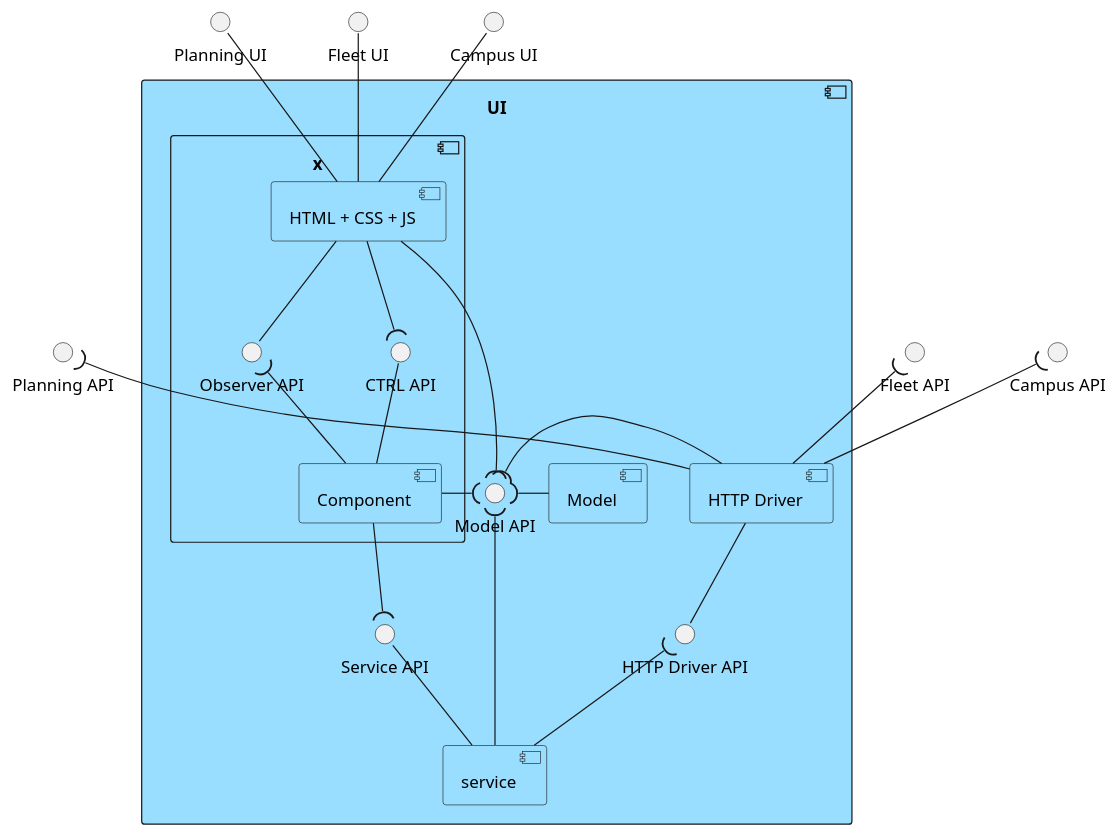
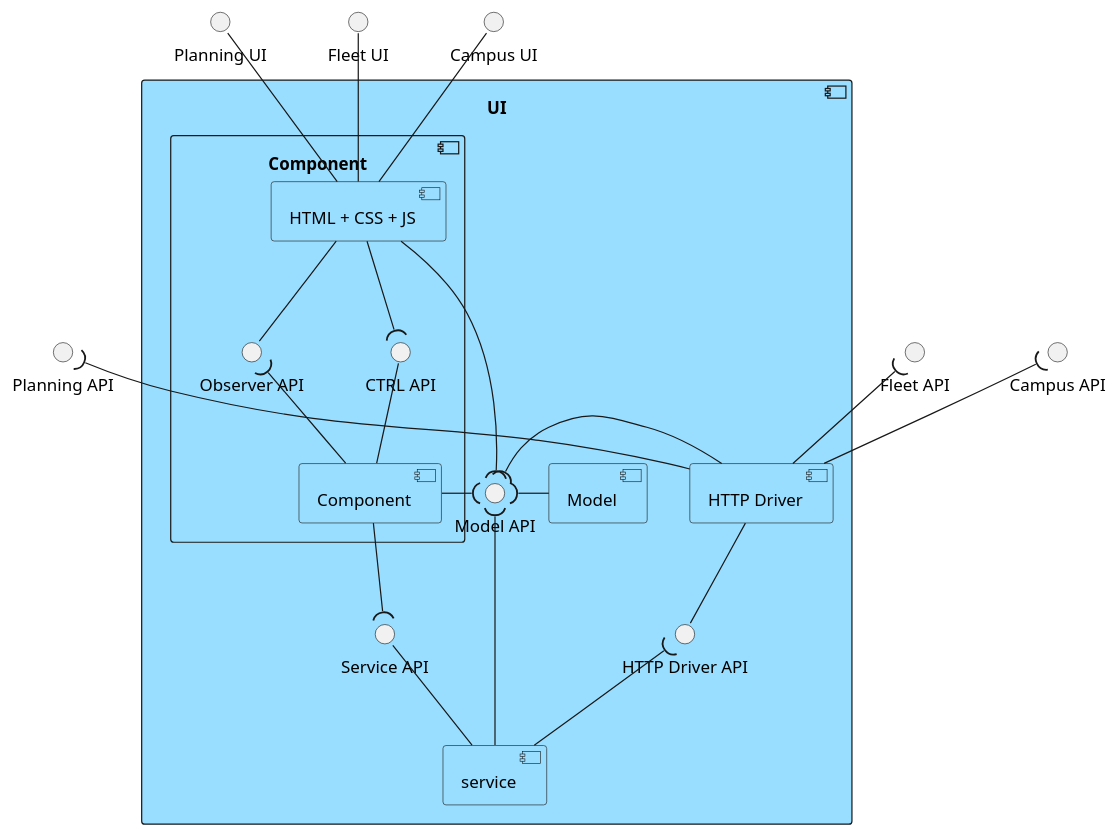
One commit to winqus/RobDroneGo changed the diagram in docs/Sprint B diagrams/level_3/Logival View lv3.puml. Above: the diagram before and after it, drawn with PlantUML. The commit also changed 1 other file, not shown here.

```diff
--- a/docs/Sprint B diagrams/level_3/Logival View lv3.puml
+++ b/docs/Sprint B diagrams/level_3/Logival View lv3.puml
@@ -1,63 +1,63 @@
 @startuml UI_LV_lvl3
 
 <style>
 component {
     BackgroundColor #99ddff
 }
 </style>
 
 
 interface "Campus UI" as campus
 interface "Fleet UI" as fleet
 interface "Planning UI" as planning
 
 interface "Campus API" as campus_API
 interface "Fleet API" as fleet_API
 interface "Planning API" as planning_API
 
 component "UI" as ui{
 
     interface "Model API" as Model_API
     interface "Service API" as Service_API
     interface "HTTP Driver API" as Driver_API
     
-    component "x" as x {
+    component "Component" as x {
         interface "CTRL API" as CTRL_API
         interface "Observer API" as Observer_API
 
         component "HTML + CSS + JS" as html
         component "Component" as component
 
         component -up- CTRL_API
         html -down-( CTRL_API
 
         html -down- Observer_API
         component -up-( Observer_API
     
     }
 
     component "service" as service
     component "HTTP Driver" as driver 
     component "Model" as model
 
     component -down-( Service_API
     service -up- Service_API
     driver -left-( Model_API
     html -right-( Model_API
     component -right-( Model_API
     service -right-( Model_API
     model -left-( Model_API
     driver -down- Driver_API
     service -up-( Driver_API
 
 }
 
 html -up- campus
 html -up- fleet
 html -up- planning
 
 driver -up-( campus_API
 driver -up-( fleet_API
 driver -up-( planning_API
 
 @enduml
```
